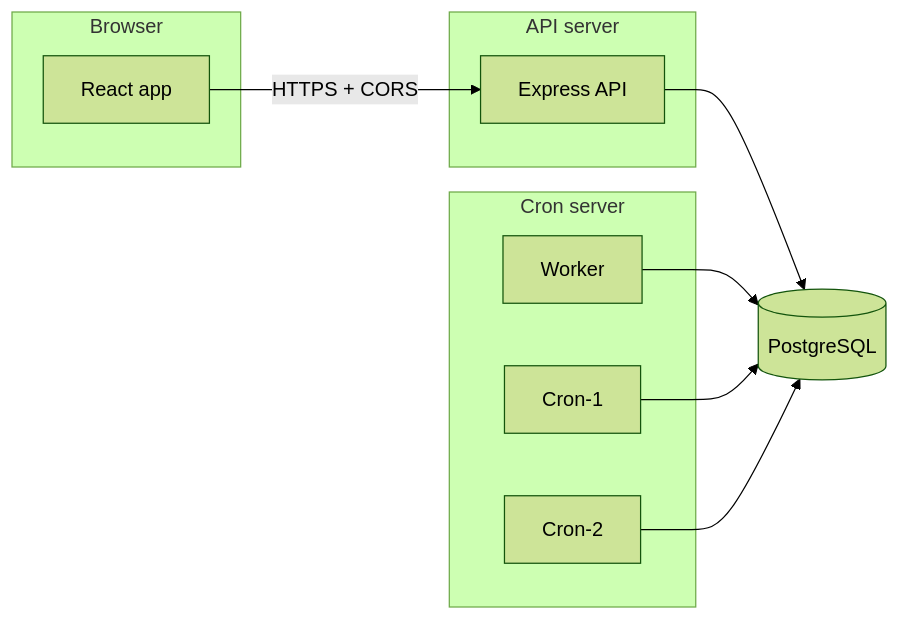
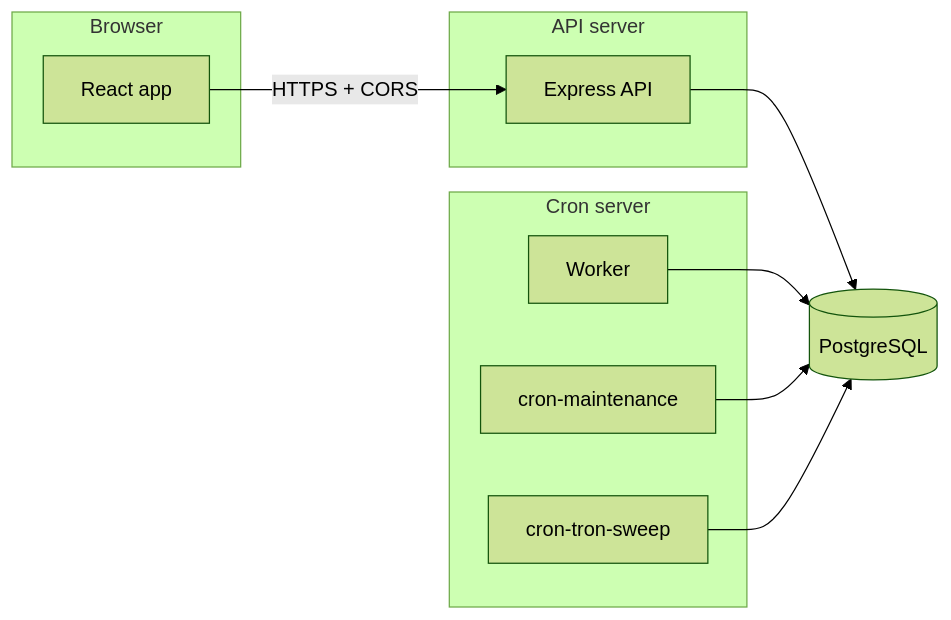
The diagram in docs/split-services.md (hardiksonagra/crypto-gateway-rp), drawn with Mermaid (forest theme) before and after one commit. The commit also changed other lines of this file and 16 other files, not shown here.

````diff
--- a/docs/split-services.md
+++ b/docs/split-services.md
@@ -7,21 +7,21 @@
 ```mermaid
 flowchart LR
   subgraph browser [Browser]
     R[React app]
   end
   subgraph apiHost [API server]
     A[Express API]
   end
   subgraph cronHost [Cron server]
     W[Worker]
-    C1[Cron-1]
-    C2[Cron-2]
+    C1[cron-maintenance]
+    C2[cron-tron-sweep]
   end
   DB[(PostgreSQL)]
 
   R -->|"HTTPS + CORS"| A
   A --> DB
   W --> DB
   C1 --> DB
   C2 --> DB
 ```
````
